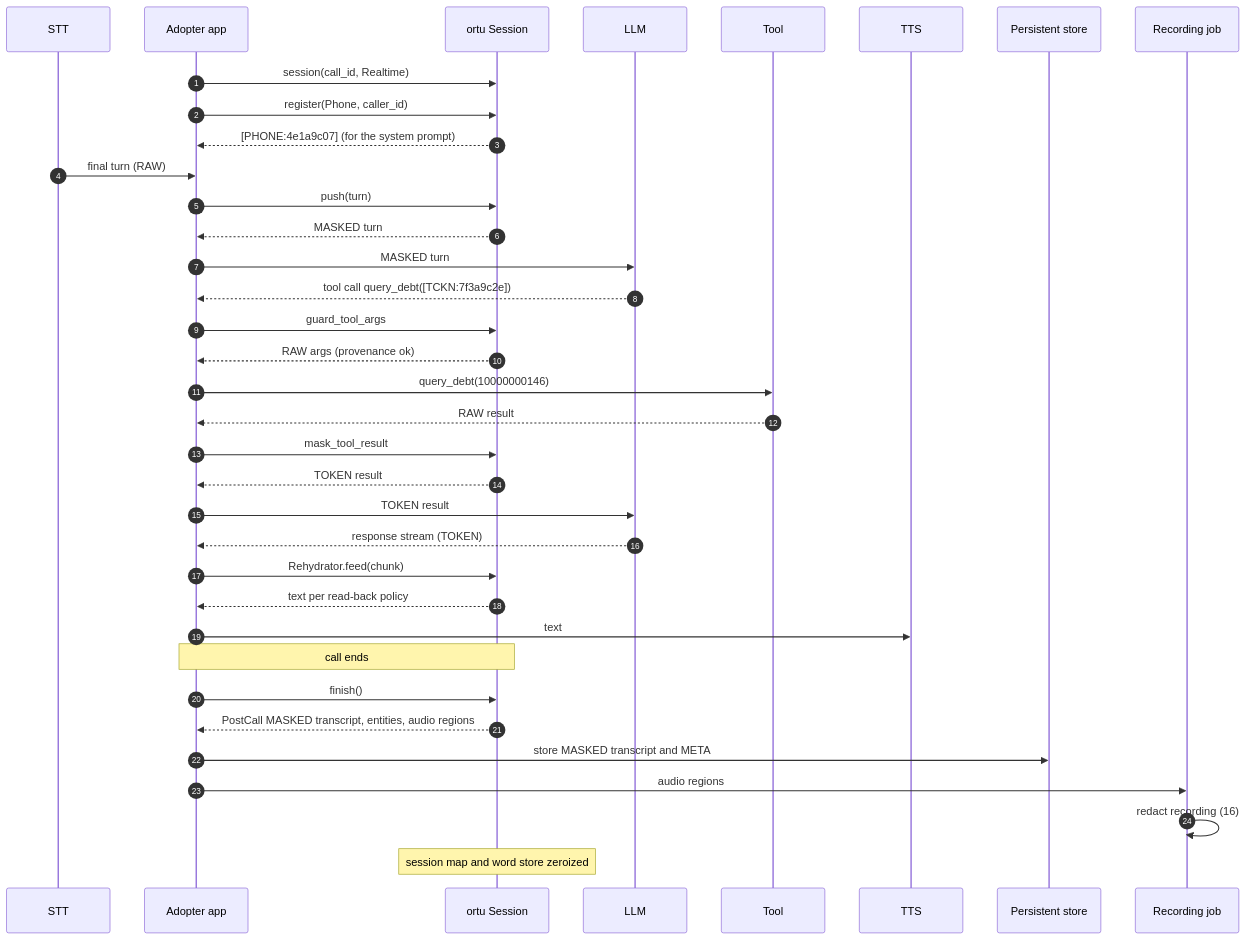
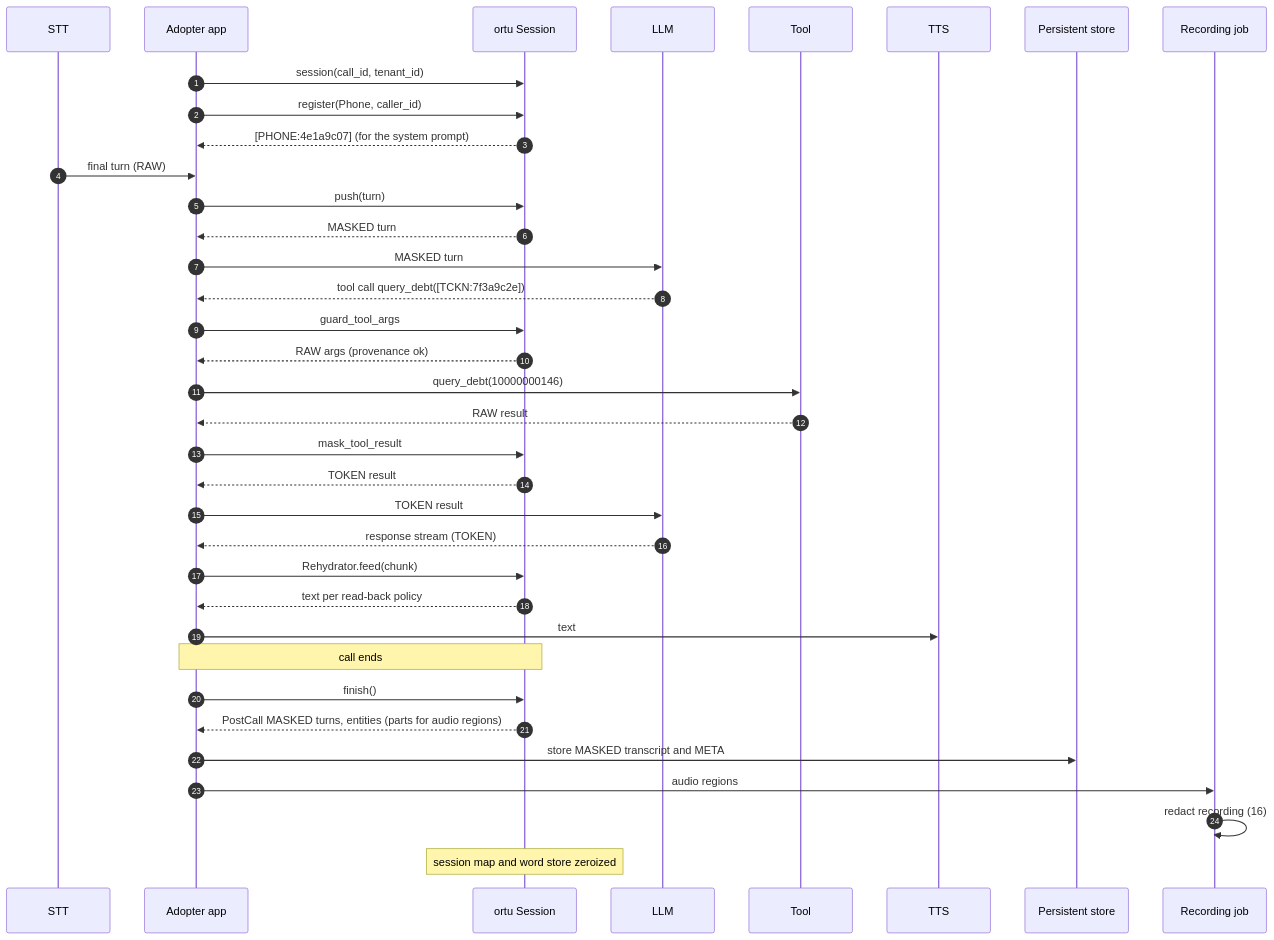
Before and after one commit to aral-by/ortu: the fourth of 5 diagrams in docs/data-flow.md, drawn with Mermaid. The commit also changed other lines of this file and 11 other files, not shown here.

````diff
--- a/docs/data-flow.md
+++ b/docs/data-flow.md
@@ -175,39 +175,39 @@
 ```mermaid
 sequenceDiagram
     autonumber
     participant STT
     participant A as Adopter app
     participant S as ortu Session
     participant L as LLM
     participant T as Tool
     participant TTS
     participant P as Persistent store
     participant R as Recording job
 
-    A->>S: session(call_id, Realtime)
+    A->>S: session(call_id, tenant_id)
     A->>S: register(Phone, caller_id)
     S-->>A: [PHONE:4e1a9c07] (for the system prompt)
     STT->>A: final turn (RAW)
     A->>S: push(turn)
     S-->>A: MASKED turn
     A->>L: MASKED turn
     L-->>A: tool call query_debt([TCKN:7f3a9c2e])
     A->>S: guard_tool_args
     S-->>A: RAW args (provenance ok)
     A->>T: query_debt(10000000146)
     T-->>A: RAW result
     A->>S: mask_tool_result
     S-->>A: TOKEN result
     A->>L: TOKEN result
     L-->>A: response stream (TOKEN)
     A->>S: Rehydrator.feed(chunk)
     S-->>A: text per read-back policy
     A->>TTS: text
     Note over A,S: call ends
     A->>S: finish()
-    S-->>A: PostCall MASKED transcript, entities, audio regions
+    S-->>A: PostCall MASKED turns, entities (parts for audio regions)
     A->>P: store MASKED transcript and META
     A->>R: audio regions
     R->>R: redact recording (16)
     Note over S: session map and word store zeroized
 ```
````
